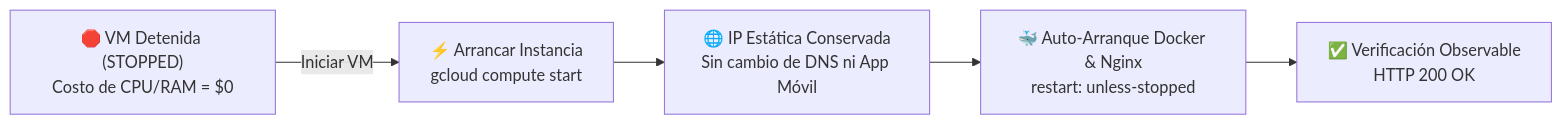
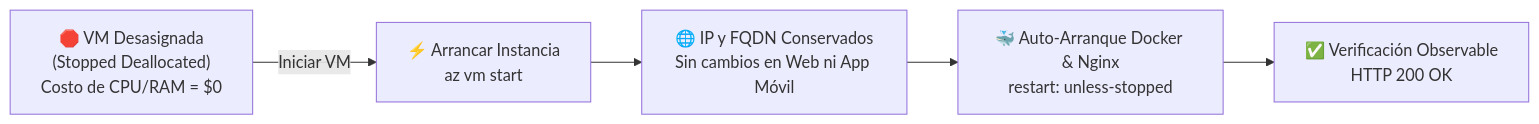
One commit to Thebetus7/SW2-PF-GESTOR-NOTAvF-26-2 changed the diagram in docs/deploy/06_APAGAR_Y_REACTIVAR.md. Above: the diagram before and after it, drawn with Mermaid. The commit also changed other lines of this file and 97 other files, not shown here.

````diff
--- a/docs/deploy/06_APAGAR_Y_REACTIVAR.md
+++ b/docs/deploy/06_APAGAR_Y_REACTIVAR.md
@@ -28,7 +30,7 @@
 ```mermaid
 flowchart LR
-    A["🛑 VM Detenida (STOPPED)\nCosto de CPU/RAM = $0"] -->|Iniciar VM| B["⚡ Arrancar Instancia\ngcloud compute start"]
-    B --> C["🌐 IP Estática Conservada\nSin cambio de DNS ni App Móvil"]
+    A["🛑 VM Desasignada\n(Stopped Deallocated)\nCosto de CPU/RAM = $0"] -->|Iniciar VM| B["⚡ Arrancar Instancia\naz vm start"]
+    B --> C["🌐 IP y FQDN Conservados\nSin cambios en Web ni App Móvil"]
     C --> D["🐳 Auto-Arranque Docker & Nginx\nrestart: unless-stopped"]
     D --> E["✅ Verificación Observable\nHTTP 200 OK"]
 ```
````
